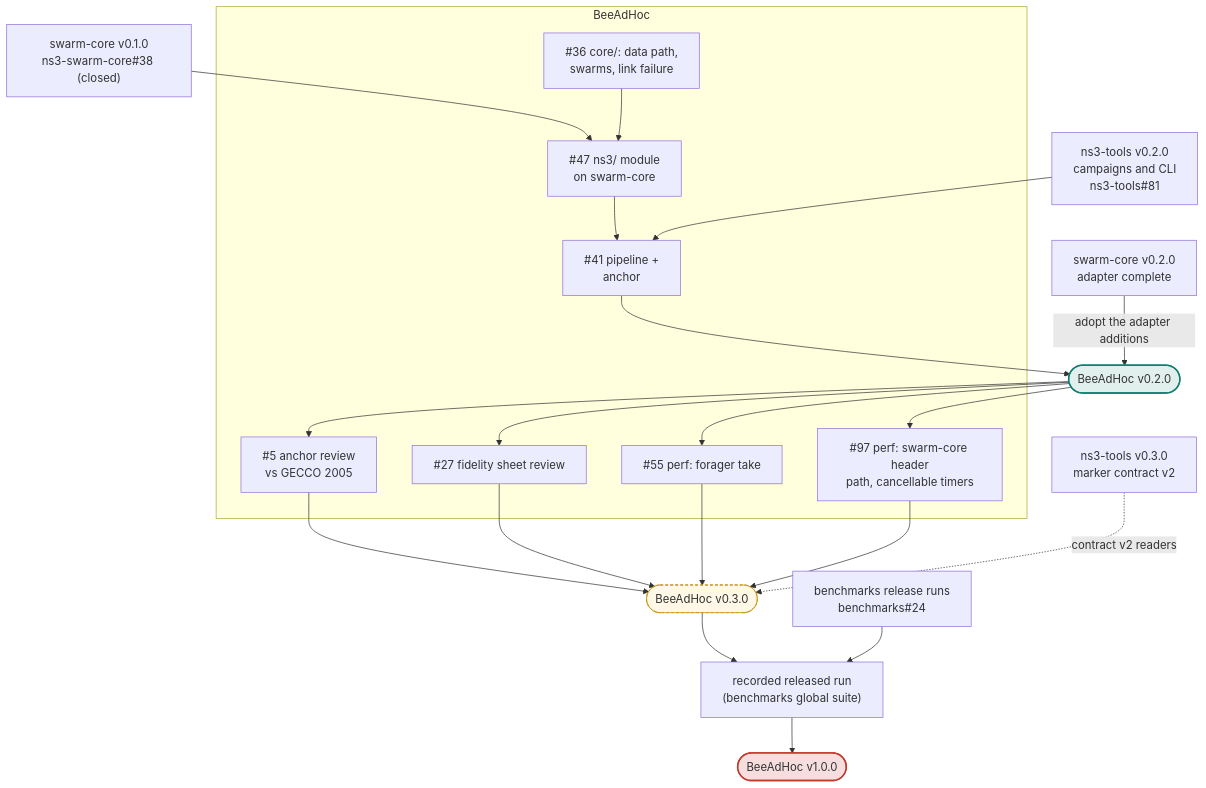
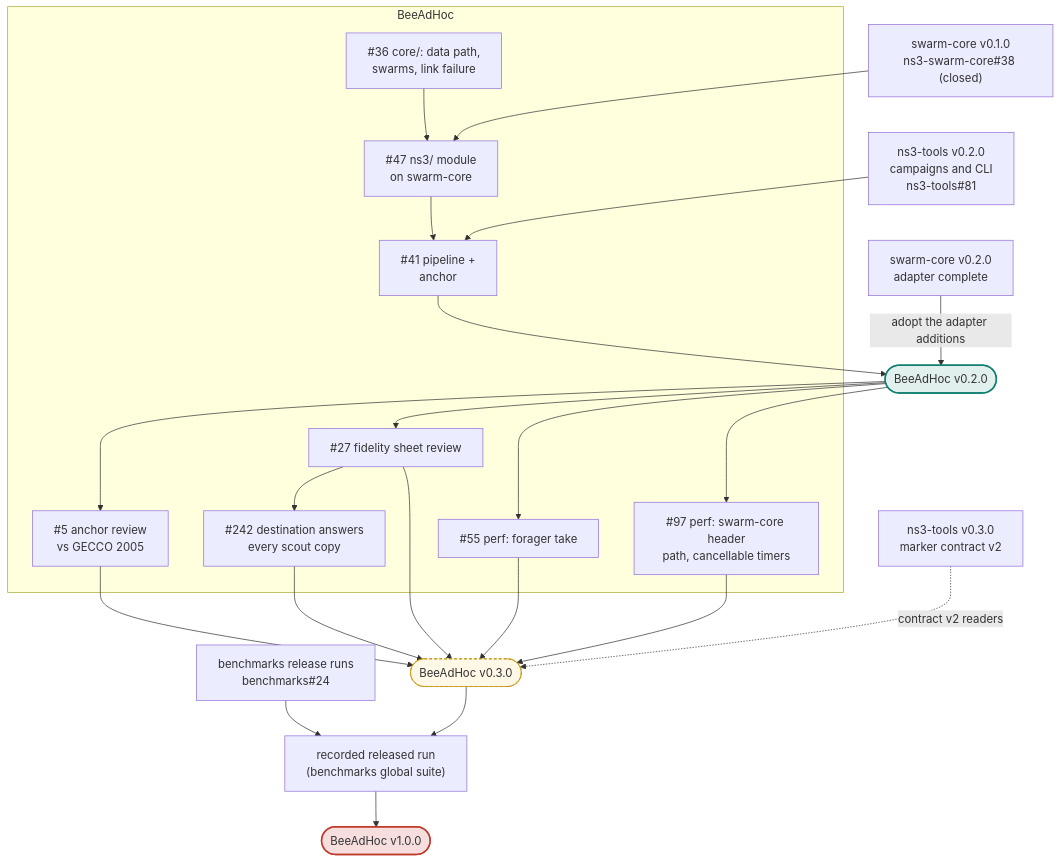
Before and after one commit to swarm-routing/BeeAdHoc: the second of 2 diagrams in docs/roadmap.md, drawn with Mermaid. The commit also changed other lines of this file, not shown here.

First paragraph of the commit message:
docs(roadmap): name #242 in v0.3.0's exit criteria (#252)
## What & why

````diff
--- a/docs/roadmap.md
+++ b/docs/roadmap.md
@@ -57,34 +57,36 @@
 ```mermaid
 flowchart TB
     subgraph HERE["BeeAdHoc"]
         I36["#36 core/: data path,<br/>swarms, link failure"]
         I47["#47 ns3/ module<br/>on swarm-core"]
         I41["#41 pipeline +<br/>anchor"]
         I5["#5 anchor review<br/>vs GECCO 2005"]
         I27["#27 fidelity sheet review"]
         I55["#55 perf: forager take"]
         I97["#97 perf: swarm-core header<br/>path, cancellable timers"]
+        I242["#242 destination answers<br/>every scout copy"]
     end
     SC["swarm-core v0.1.0<br/>ns3-swarm-core#38 (closed)"]
     SC2["swarm-core v0.2.0<br/>adapter complete"]
     T2["ns3-tools v0.2.0<br/>campaigns and CLI<br/>ns3-tools#81"]
     T3["ns3-tools v0.3.0<br/>marker contract v2"]
     BM["benchmarks release runs<br/>benchmarks#24"]
 
     SC --> I47
     I36 --> I47
     I47 --> I41
     T2 --> I41
     I41 --> V02(["BeeAdHoc v0.2.0"])
     SC2 -->|"adopt the adapter additions"| V02
     V02 --> I5 & I27 & I55 & I97
-    I5 & I27 & I55 & I97 --> V03(["BeeAdHoc v0.3.0"])
+    I27 --> I242
+    I5 & I27 & I55 & I97 & I242 --> V03(["BeeAdHoc v0.3.0"])
     T3 -.->|"contract v2 readers"| V03
     V03 --> RUN["recorded released run<br/>(benchmarks global suite)"]
     BM --> RUN
     RUN --> V10(["BeeAdHoc v1.0.0"])
 
     style V02 fill:#e2f0ed,stroke:#0f7f70,stroke-width:2px
     style V03 fill:#fff8e6,stroke:#c48f00,stroke-dasharray:4 3
     style V10 fill:#f6dede,stroke:#c0392b,stroke-width:2px
 ```
````
